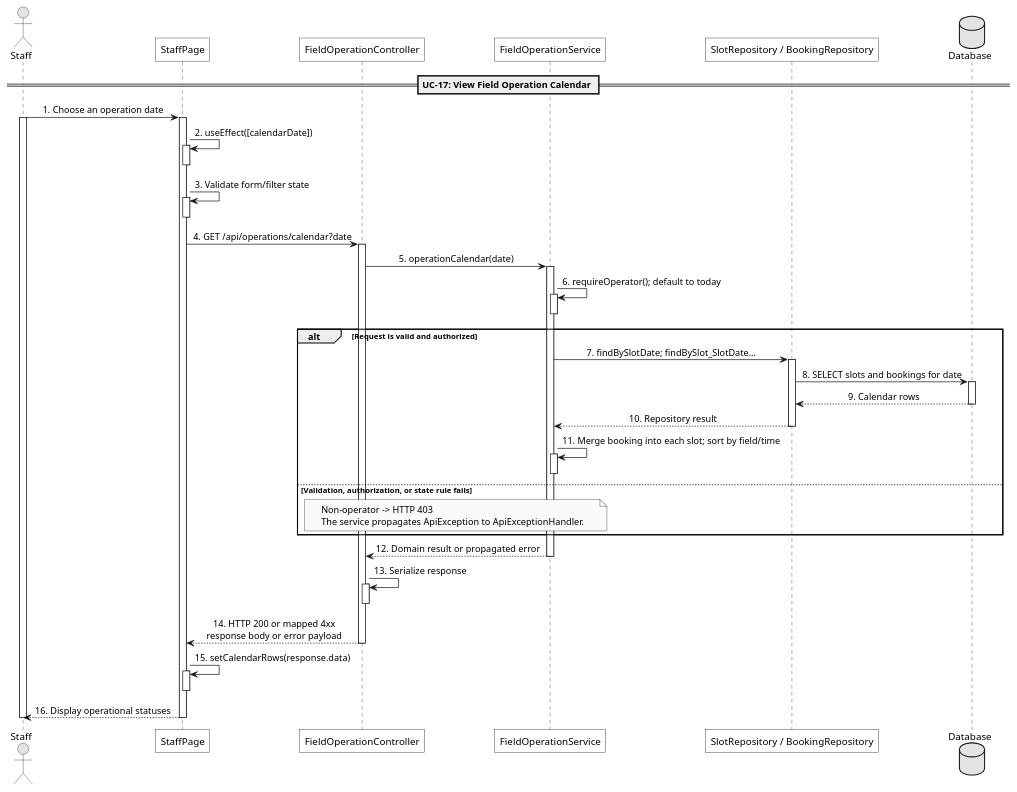
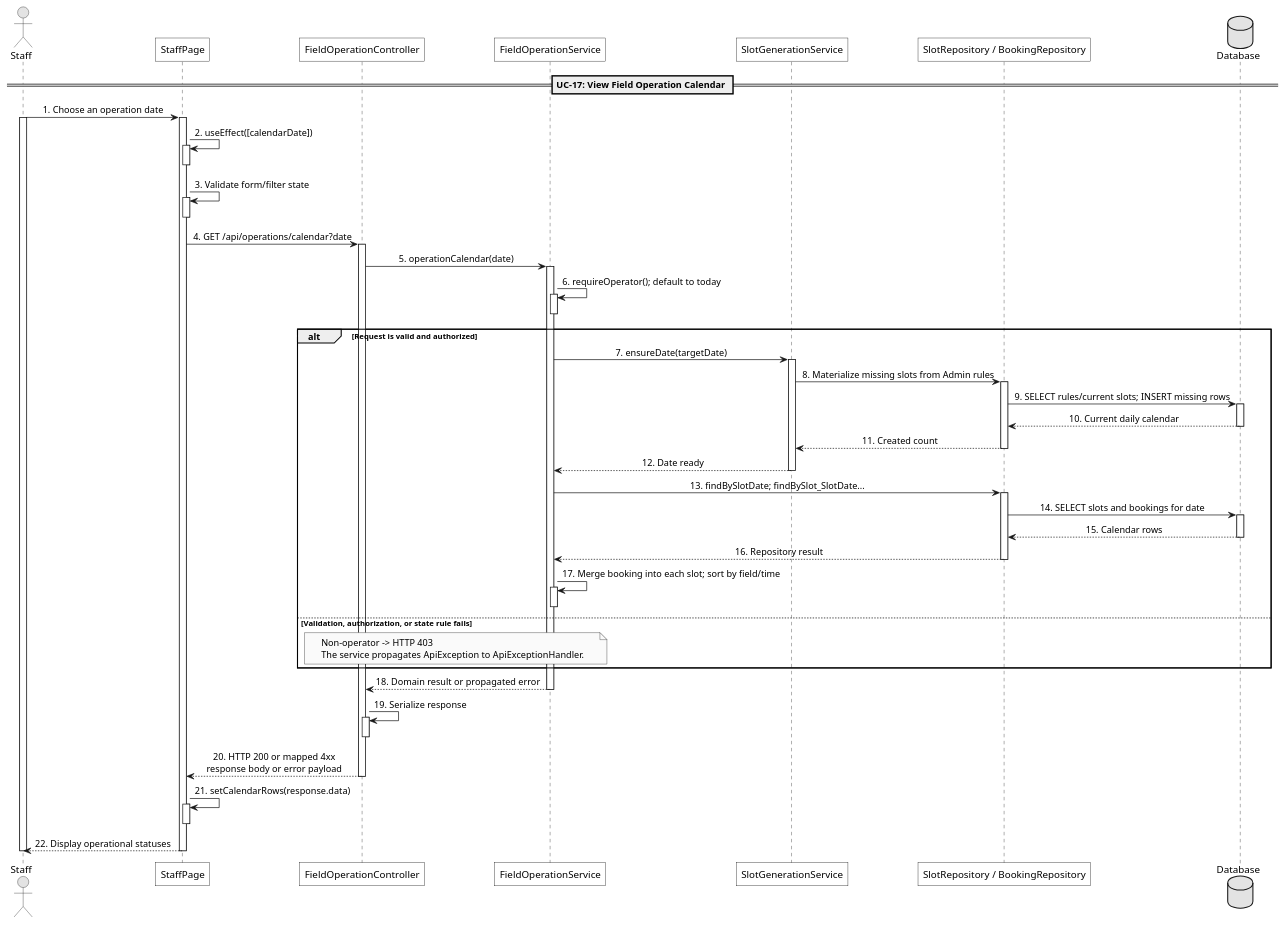
One commit to maxwell1904/SWP391_G3 changed the diagram in docs/Sequence/UC-17-view-field-operation-calendar.puml. Above: the diagram before and after it, drawn with PlantUML. The commit also changed 99 other files, not shown here.

```diff
--- a/docs/Sequence/UC-17-view-field-operation-calendar.puml
+++ b/docs/Sequence/UC-17-view-field-operation-calendar.puml
@@ -1,86 +1,100 @@
 @startuml
 
 skinparam monochrome true
 skinparam shadowing false
 skinparam roundcorner 0
 skinparam sequenceMessageAlign center
 skinparam responseMessageBelowArrow true
 
 skinparam participant {
   BackgroundColor white
   BorderColor black
 }
 
 actor "Staff" as User
 participant "StaffPage" as UI
 participant "FieldOperationController" as Controller
 participant "FieldOperationService" as Service
+participant "SlotGenerationService" as Generator
 participant "SlotRepository / BookingRepository" as Repo
 database "Database" as DB
 
 == UC-17: View Field Operation Calendar ==
 
 User -> UI : 1. Choose an operation date
 activate User
 activate UI
 
 UI -> UI : 2. useEffect([calendarDate])
 activate UI
 deactivate UI
 
 UI -> UI : 3. Validate form/filter state
 activate UI
 deactivate UI
 
 UI -> Controller : 4. GET /api/operations/calendar?date
 activate Controller
 
 Controller -> Service : 5. operationCalendar(date)
 activate Service
 
 Service -> Service : 6. requireOperator(); default to today
 activate Service
 deactivate Service
 
 alt Request is valid and authorized
-  Service -> Repo : 7. findBySlotDate; findBySlot_SlotDate...
+  Service -> Generator : 7. ensureDate(targetDate)
+  activate Generator
+  Generator -> Repo : 8. Materialize missing slots from Admin rules
+  activate Repo
+  Repo -> DB : 9. SELECT rules/current slots; INSERT missing rows
+  activate DB
+  DB --> Repo : 10. Current daily calendar
+  deactivate DB
+  Repo --> Generator : 11. Created count
+  deactivate Repo
+  Generator --> Service : 12. Date ready
+  deactivate Generator
+
+  Service -> Repo : 13. findBySlotDate; findBySlot_SlotDate...
   activate Repo
 
-  Repo -> DB : 8. SELECT slots and bookings for date
+  Repo -> DB : 14. SELECT slots and bookings for date
   activate DB
-  DB --> Repo : 9. Calendar rows
+  DB --> Repo : 15. Calendar rows
   deactivate DB
 
-  Repo --> Service : 10. Repository result
+  Repo --> Service : 16. Repository result
   deactivate Repo
 
-  Service -> Service : 11. Merge booking into each slot; sort by field/time
+  Service -> Service : 17. Merge booking into each slot; sort by field/time
   activate Service
   deactivate Service
 else Validation, authorization, or state rule fails
   note over Service,Controller
     Non-operator -> HTTP 403
     The service propagates ApiException to ApiExceptionHandler.
   end note
 end
 
-Service --> Controller : 12. Domain result or propagated error
+Service --> Controller : 18. Domain result or propagated error
 deactivate Service
 
-Controller -> Controller : 13. Serialize response
+Controller -> Controller : 19. Serialize response
 activate Controller
 deactivate Controller
 
-Controller --> UI : 14. HTTP 200 or mapped 4xx\nresponse body or error payload
+Controller --> UI : 20. HTTP 200 or mapped 4xx\nresponse body or error payload
 deactivate Controller
 
-UI -> UI : 15. setCalendarRows(response.data)
+UI -> UI : 21. setCalendarRows(response.data)
 activate UI
 deactivate UI
 
-UI --> User : 16. Display operational statuses
+UI --> User : 22. Display operational statuses
 
 deactivate UI
 deactivate User
 
 @enduml
```
